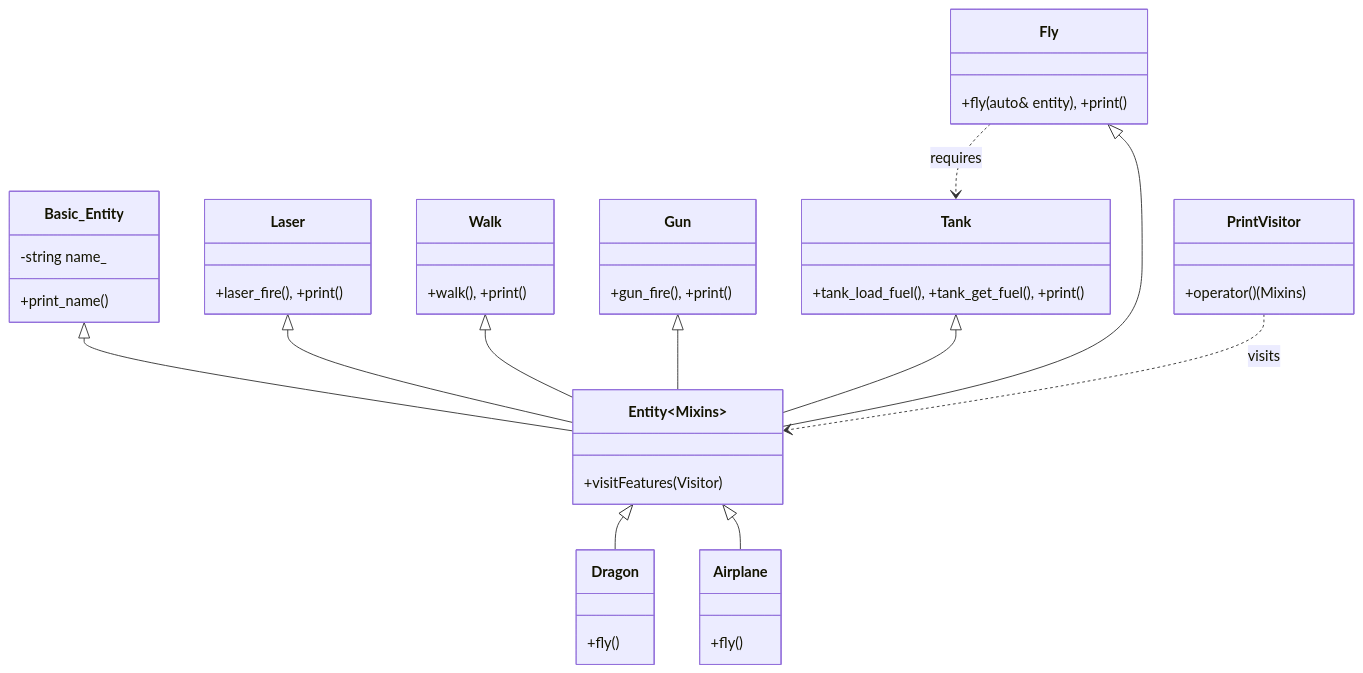
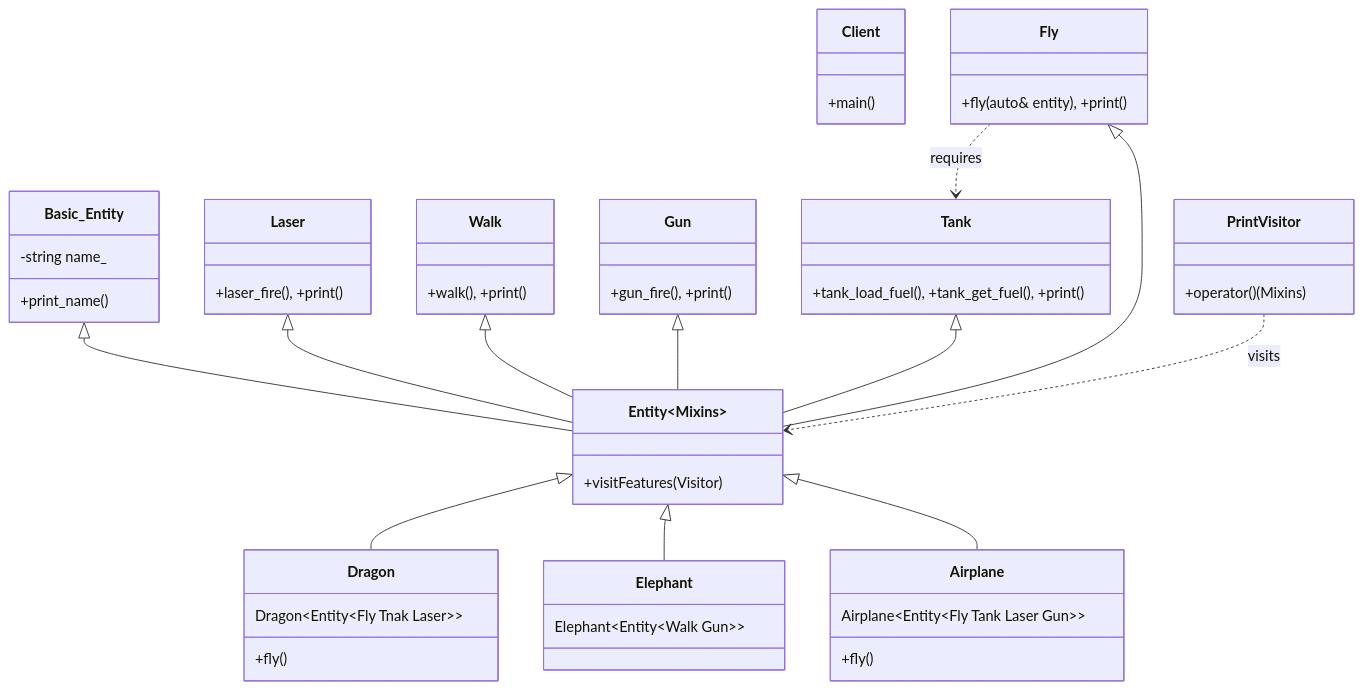
Before and after one commit to Cichlidfishexigency721/Modern-CPP-Design-Patterns: the diagram in 15_Mixin/02_Advanced/diagram.md, drawn with Mermaid. The commit also changed 1 other file, not shown here.

Commit message:
UML improvement

````diff
--- a/15_Mixin/02_Advanced/diagram.md
+++ b/15_Mixin/02_Advanced/diagram.md
@@ -3,38 +3,60 @@
 ```mermaid
 classDiagram
-   class Basic_Entity {
-      -string name_
-      +print_name()
+%%---------------------------------------------------------------------- Main:
+   class Client {
+      +main()
    }
 
+%%---------------------------------------------------- Features (Mixin Parts):
    class Laser { +laser_fire(), +print() }
    class Walk { +walk(), +print() }
    class Gun { +gun_fire(), +print() }
    class Tank { +tank_load_fuel(), +tank_get_fuel(), +print() }
    class Fly { +fly(auto& entity), +print() }
 
+%%--------------------------------------------------------------------- Entity:
+   class Basic_Entity {
+      -string name_
+      +print_name()
+   }
+
    class Entity~Mixins~ {
       +visitFeatures(Visitor)
    }
 
-   class Dragon { +fly() }
-   class Airplane { +fly() }
+%%------------------------------------------------------------ Mixin Entities:
+   class Dragon {
+      Dragon~Entity~Fly Tnak Laser~~
+      +fly()
+   }
+   class Elephant {
+      Elephant~Entity~Walk Gun~~
+   }
+   class Airplane {
+      Airplane~Entity~Fly Tank Laser Gun~~
+      +fly()
+   }
 
+   class PrintVisitor {
+      +operator()(Mixins)
+   }
+
+%%----------------------------------------------------------- UML Composition:
    %% Multiple Inheritance (Horizontal Composition)
    %% No numbers used for inheritance
    Basic_Entity <|-- Entity~Mixins~
    Laser <|-- Entity~Mixins~
    Walk <|-- Entity~Mixins~
    Gun <|-- Entity~Mixins~
    Tank <|-- Entity~Mixins~
    Fly <|-- Entity~Mixins~
 
    %% Specific Entities
-   Entity~Fly, Tank, Laser~ <|-- Dragon
-   Entity~Fly, Tank, Laser, Gun~ <|-- Airplane
+   Entity~Mixins~ <|-- Dragon
+   Entity~Mixins~ <|-- Elephant
+   Entity~Mixins~ <|-- Airplane
 
    %% Dependencies
    Fly ..> Tank : requires
-   class PrintVisitor { +operator()(Mixins) }
    PrintVisitor ..> Entity~Mixins~ : visits
 ```
````
